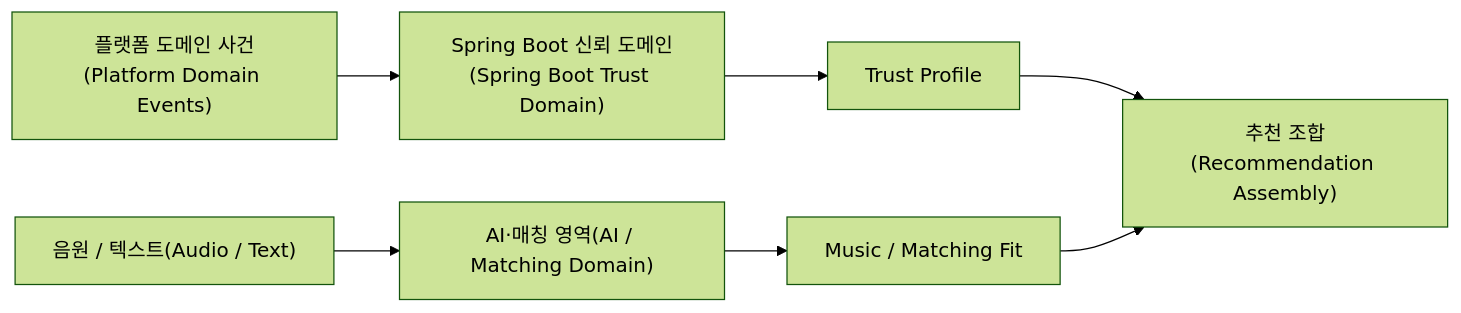
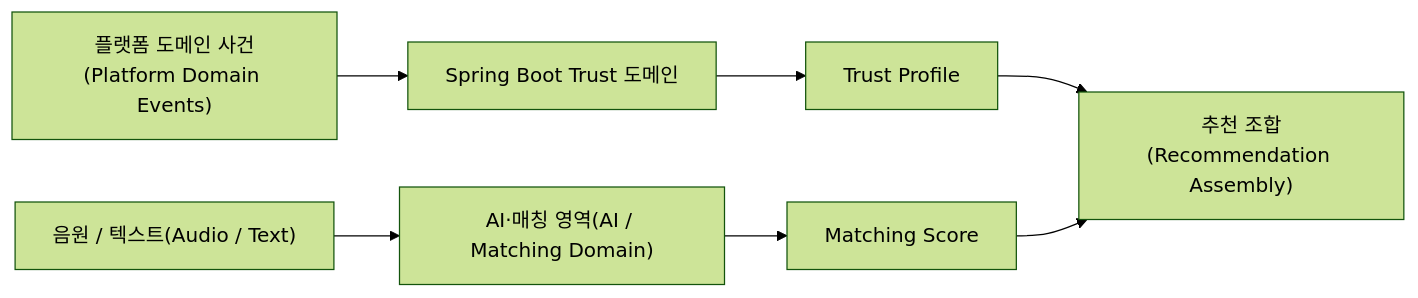
The fourth of 4 diagrams in docs/adr/artist_trust_architecture/06_database_and_implementation_roadmap.md (nsuCapstoneTeam/NSU_CAPSTONE), drawn with Mermaid (forest theme) before and after one commit. The commit also changed other lines of this file and 13 other files, not shown here.

````diff
--- a/docs/adr/artist_trust_architecture/06_database_and_implementation_roadmap.md
+++ b/docs/adr/artist_trust_architecture/06_database_and_implementation_roadmap.md
@@ -595,13 +551,13 @@
 ```mermaid
 flowchart LR
     Platform["플랫폼 도메인 사건(Platform Domain Events)"]
-    Platform --> Spring["Spring Boot 신뢰 도메인(Spring Boot Trust Domain)"]
+    Platform --> Spring["Spring Boot Trust 도메인"]
     Spring --> Trust["Trust Profile"]
 
     Audio["음원 / 텍스트(Audio / Text)"]
     Audio --> AI["AI·매칭 영역(AI / Matching Domain)"]
-    AI --> Fit["Music / Matching Fit"]
+    AI --> Fit["Matching Score"]
 
     Trust --> Recommendation["추천 조합(Recommendation Assembly)"]
     Fit --> Recommendation
 ```
````
